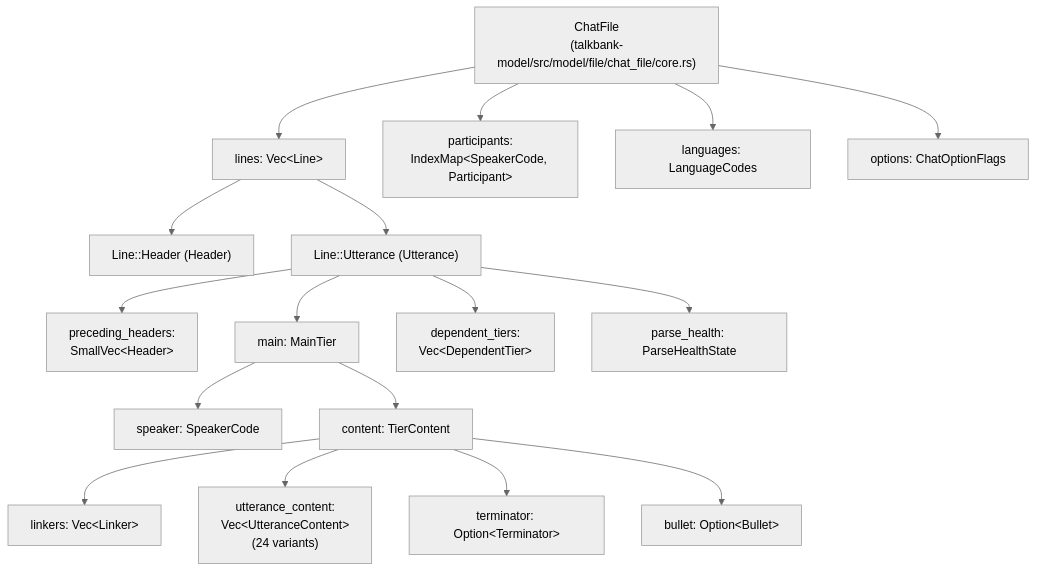
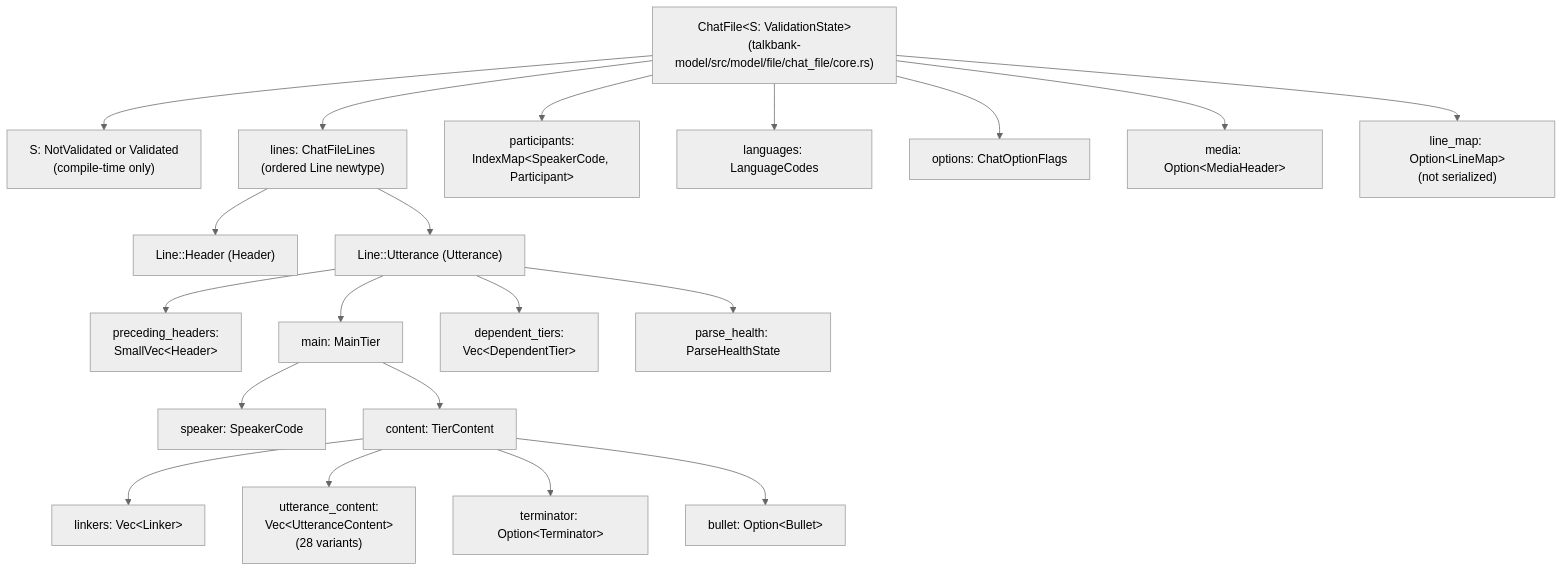
One commit to TalkBank/chatter changed the first of 3 diagrams in book/src/architecture/chat-model/chat-model.md. Above: the diagram before and after it, drawn with Mermaid (neutral theme). The commit also changed other lines of this file and 108 other files, not shown here.

````diff
--- a/book/src/architecture/chat-model/chat-model.md
+++ b/book/src/architecture/chat-model/chat-model.md
@@ -28,23 +31,26 @@
 ```mermaid
 flowchart TD
-    chatfile["ChatFile\n(talkbank-model/src/model/file/chat_file/core.rs)"]
-    chatfile --> lines["lines: Vec&lt;Line&gt;"]
+    chatfile["ChatFile&lt;S: ValidationState&gt;\n(talkbank-model/src/model/file/chat_file/core.rs)"]
+    chatfile --> state["S: NotValidated or Validated\n(compile-time only)"]
+    chatfile --> lines["lines: ChatFileLines\n(ordered Line newtype)"]
     chatfile --> participants["participants:\nIndexMap&lt;SpeakerCode, Participant&gt;"]
     chatfile --> languages["languages: LanguageCodes"]
     chatfile --> options["options: ChatOptionFlags"]
+    chatfile --> media["media: Option&lt;MediaHeader&gt;"]
+    chatfile --> line_map["line_map: Option&lt;LineMap&gt;\n(not serialized)"]
 
     lines --> header_line["Line::Header (Header)"]
     lines --> utt_line["Line::Utterance (Utterance)"]
 
     utt_line --> preceding["preceding_headers:\nSmallVec&lt;Header&gt;"]
     utt_line --> main["main: MainTier"]
     utt_line --> deptiers["dependent_tiers:\nVec&lt;DependentTier&gt;"]
     utt_line --> health["parse_health: ParseHealthState"]
 
     main --> speaker["speaker: SpeakerCode"]
     main --> tiercontent["content: TierContent"]
     tiercontent --> linkers["linkers: Vec&lt;Linker&gt;"]
-    tiercontent --> uttcontent["utterance_content:\nVec&lt;UtteranceContent&gt;\n(24 variants)"]
+    tiercontent --> uttcontent["utterance_content:\nVec&lt;UtteranceContent&gt;\n(28 variants)"]
     tiercontent --> terminator["terminator: Option&lt;Terminator&gt;"]
     tiercontent --> bullet["bullet: Option&lt;Bullet&gt;"]
 ```
````
